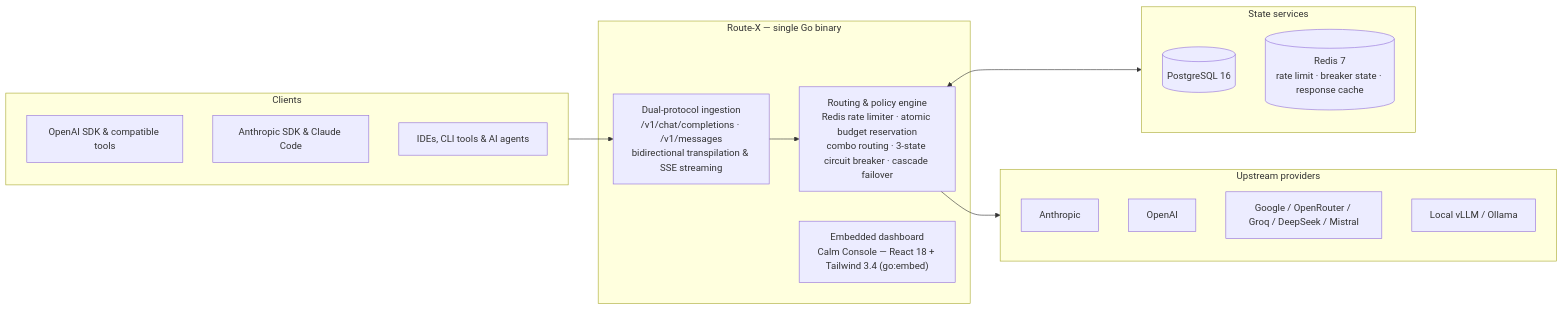
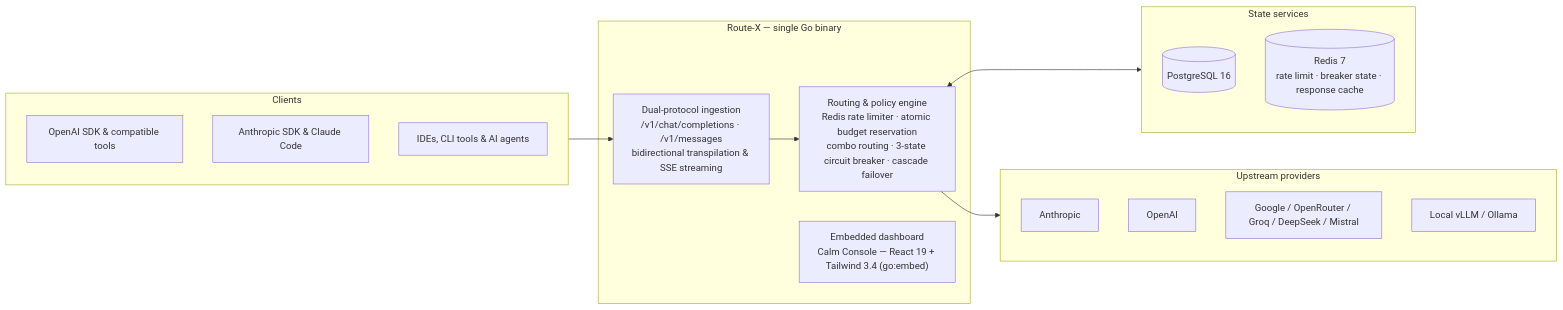
The diagram in README.md (NexGen-X/Route-X), drawn with Mermaid before and after one commit. The commit also changed other lines of this file and 5 other files, not shown here.

````diff
--- a/README.md
+++ b/README.md
@@ -333,31 +333,31 @@
 ```mermaid
 flowchart LR
     subgraph Clients["Clients"]
         C1["OpenAI SDK & compatible tools"]
         C2["Anthropic SDK & Claude Code"]
         C3["IDEs, CLI tools & AI agents"]
     end
 
     subgraph RouteX["Route-X — single Go binary"]
         IN["Dual-protocol ingestion<br/>/v1/chat/completions · /v1/messages<br/>bidirectional transpilation & SSE streaming"]
         ENG["Routing & policy engine<br/>Redis rate limiter · atomic budget reservation<br/>combo routing · 3-state circuit breaker · cascade failover"]
-        DASH["Embedded dashboard<br/>Calm Console — React 18 + Tailwind 3.4 (go:embed)"]
+        DASH["Embedded dashboard<br/>Calm Console — React 19 + Tailwind 3.4 (go:embed)"]
         IN --> ENG
     end
 
     subgraph State["State services"]
         DB[("PostgreSQL 16")]
         RD[("Redis 7<br/>rate limit · breaker state · response cache")]
     end
 
     subgraph Upstreams["Upstream providers"]
         P1["Anthropic"]
         P2["OpenAI"]
         P3["Google / OpenRouter / Groq / DeepSeek / Mistral"]
         P4["Local vLLM / Ollama"]
     end
 
     Clients --> IN
     ENG <--> State
     ENG --> Upstreams
 ```
````
